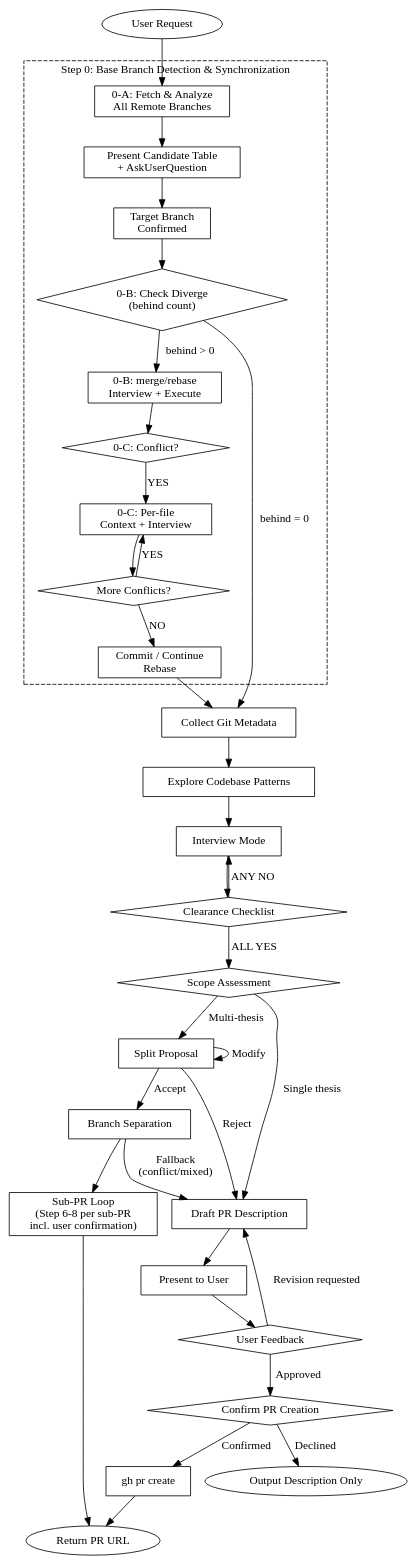
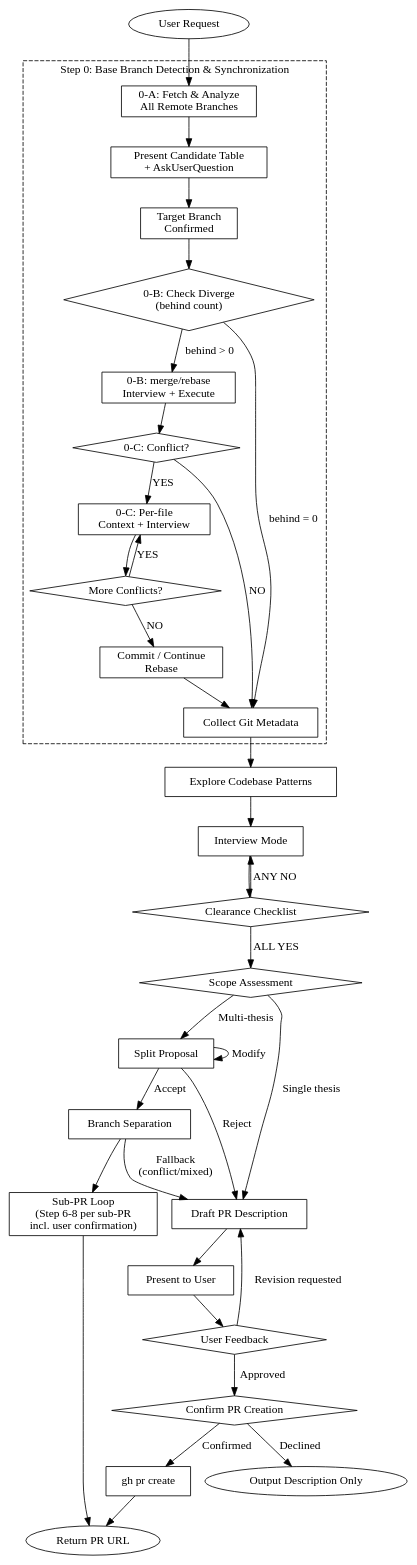
The diagram in skills/make-pr/SKILL.md (toongri/oh-my-toong-playground), drawn with Graphviz before and after one commit. The commit also changed 1 other file, not shown here.

Commit message:
test: make-pr Round 9 시나리오 추가 및 워크플로 수정

````diff
--- a/skills/make-pr/SKILL.md
+++ b/skills/make-pr/SKILL.md
@@ -61,71 +61,72 @@
 ```dot
 digraph make_pr_flow {
     rankdir=TB;
 
     "User Request" [shape=ellipse];
 
     subgraph cluster_step0 {
         label="Step 0: Base Branch Detection & Synchronization";
         style=dashed;
         "0-A: Fetch & Analyze\nAll Remote Branches" [shape=box];
         "Present Candidate Table\n+ AskUserQuestion" [shape=box];
         "Target Branch\nConfirmed" [shape=box];
         "0-B: Check Diverge\n(behind count)" [shape=diamond];
         "0-B: merge/rebase\nInterview + Execute" [shape=box];
         "0-C: Conflict?" [shape=diamond];
         "0-C: Per-file\nContext + Interview" [shape=box];
         "More Conflicts?" [shape=diamond];
         "Commit / Continue\nRebase" [shape=box];
 
         "0-A: Fetch & Analyze\nAll Remote Branches" -> "Present Candidate Table\n+ AskUserQuestion";
         "Present Candidate Table\n+ AskUserQuestion" -> "Target Branch\nConfirmed";
         "Target Branch\nConfirmed" -> "0-B: Check Diverge\n(behind count)";
         "0-B: Check Diverge\n(behind count)" -> "0-B: merge/rebase\nInterview + Execute" [label="behind > 0"];
         "0-B: merge/rebase\nInterview + Execute" -> "0-C: Conflict?";
         "0-C: Conflict?" -> "0-C: Per-file\nContext + Interview" [label="YES"];
+        "0-C: Conflict?" -> "Collect Git Metadata" [label="NO"];
         "0-C: Per-file\nContext + Interview" -> "More Conflicts?";
         "More Conflicts?" -> "0-C: Per-file\nContext + Interview" [label="YES"];
         "More Conflicts?" -> "Commit / Continue\nRebase" [label="NO"];
     }
 
     "Collect Git Metadata" [shape=box];
     "Explore Codebase Patterns" [shape=box];
     "Interview Mode" [shape=box];
     "Clearance Checklist" [shape=diamond];
     "Scope Assessment" [shape=diamond];
     "Split Proposal" [shape=box];
     "Branch Separation" [shape=box];
     "Sub-PR Loop\n(Step 6-8 per sub-PR\nincl. user confirmation)" [shape=box];
     "Draft PR Description" [shape=box];
     "Present to User" [shape=box];
     "User Feedback" [shape=diamond];
     "Confirm PR Creation" [shape=diamond];
     "gh pr create" [shape=box];
     "Return PR URL" [shape=ellipse];
     "Output Description Only" [shape=ellipse];
 
     "User Request" -> "0-A: Fetch & Analyze\nAll Remote Branches";
     "0-B: Check Diverge\n(behind count)" -> "Collect Git Metadata" [label="behind = 0"];
     "Commit / Continue\nRebase" -> "Collect Git Metadata";
     "Collect Git Metadata" -> "Explore Codebase Patterns";
     "Explore Codebase Patterns" -> "Interview Mode";
     "Interview Mode" -> "Clearance Checklist";
     "Clearance Checklist" -> "Interview Mode" [label="ANY NO"];
     "Clearance Checklist" -> "Scope Assessment" [label="ALL YES"];
     "Scope Assessment" -> "Draft PR Description" [label="Single thesis"];
     "Scope Assessment" -> "Split Proposal" [label="Multi-thesis"];
     "Split Proposal" -> "Branch Separation" [label="Accept"];
     "Split Proposal" -> "Draft PR Description" [label="Reject"];
     "Split Proposal" -> "Split Proposal" [label="Modify"];
     "Branch Separation" -> "Sub-PR Loop\n(Step 6-8 per sub-PR\nincl. user confirmation)";
     "Branch Separation" -> "Draft PR Description" [label="Fallback\n(conflict/mixed)"];
     "Sub-PR Loop\n(Step 6-8 per sub-PR\nincl. user confirmation)" -> "Return PR URL";
     "Draft PR Description" -> "Present to User";
     "Present to User" -> "User Feedback";
     "User Feedback" -> "Draft PR Description" [label="Revision requested"];
     "User Feedback" -> "Confirm PR Creation" [label="Approved"];
     "Confirm PR Creation" -> "Output Description Only" [label="Declined"];
     "Confirm PR Creation" -> "gh pr create" [label="Confirmed"];
     "gh pr create" -> "Return PR URL";
 }
 ```
````
